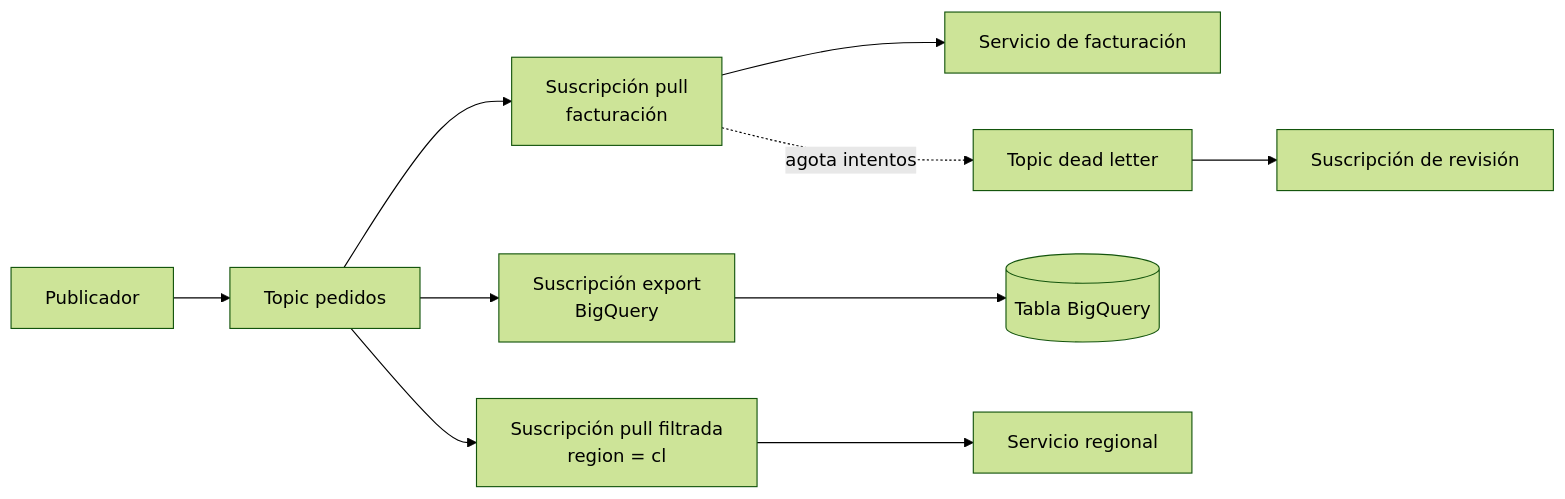
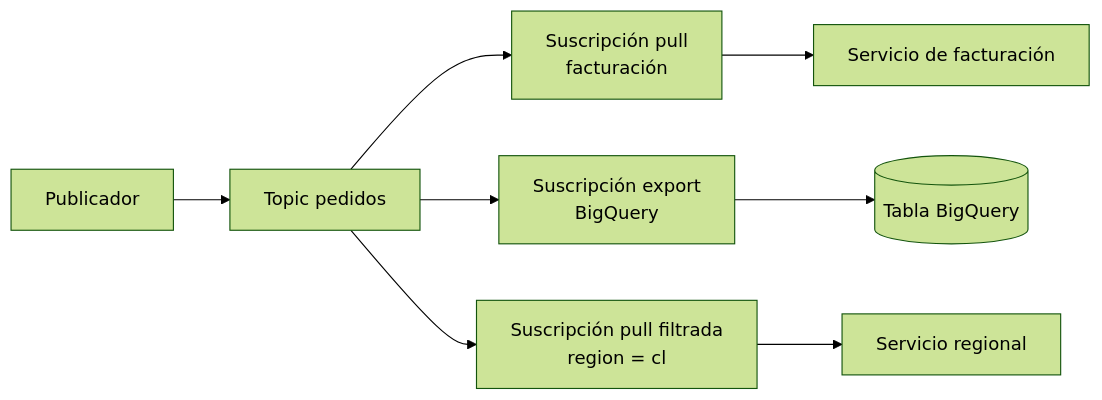
The first of 2 diagrams in content/concepts/pubsub-topics-and-subscriptions.md (fcp4891/de-knowledge-hub), drawn with Mermaid (forest theme) before and after one commit. The commit also changed other lines of this file and 20 other files, not shown here.

First line of the commit message:
§9 con el estándar de diagramas: 21 diagramas sobre 8 nodos o 10 aristas, rehechos

````diff
--- a/content/concepts/pubsub-topics-and-subscriptions.md
+++ b/content/concepts/pubsub-topics-and-subscriptions.md
@@ -171,12 +171,10 @@
 ```mermaid
 flowchart LR
   P[Publicador] --> T[Topic pedidos]
   T --> S1[Suscripción pull<br/>facturación]
   T --> S2[Suscripción export<br/>BigQuery]
   T --> S3[Suscripción pull filtrada<br/>region = cl]
   S1 --> C1[Servicio de facturación]
   S2 --> BQ[(Tabla BigQuery)]
   S3 --> C3[Servicio regional]
-  S1 -. agota intentos .-> DLT[Topic dead letter]
-  DLT --> DLS[Suscripción de revisión]
 ```
````
